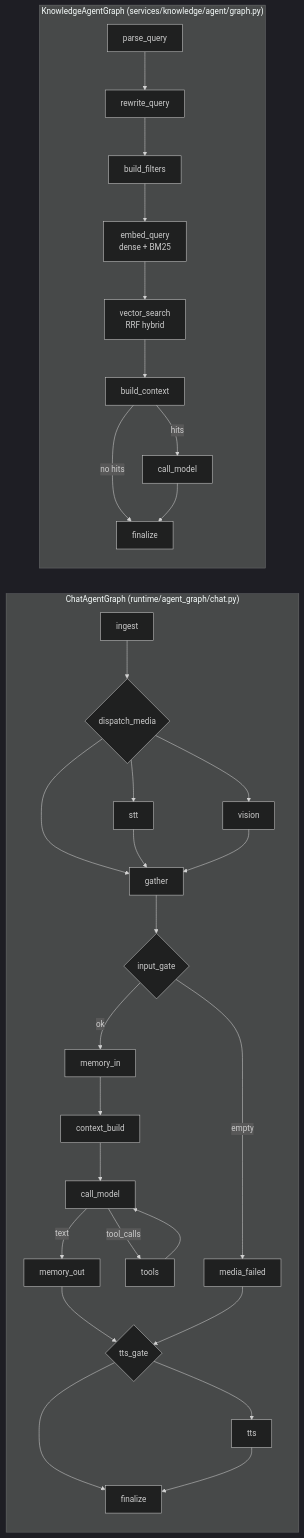
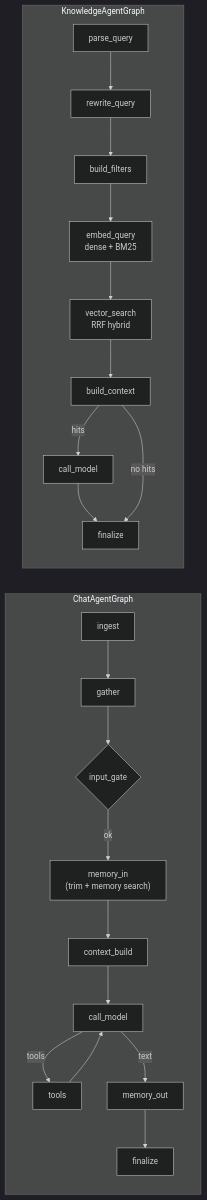
The second of 8 diagrams in docs/chat-rag.md (hiro-league/hiroleague), drawn with Mermaid (dark theme) before and after one commit. The commit also changed other lines of this file and 47 other files, not shown here.

````diff
--- a/docs/chat-rag.md
+++ b/docs/chat-rag.md
@@ -19,37 +73,20 @@
 ```mermaid
 flowchart LR
-    subgraph Chat["ChatAgentGraph (runtime/agent_graph/chat.py)"]
+    subgraph Chat["ChatAgentGraph"]
         direction TB
-        CI[ingest] --> CD{dispatch_media}
-        CD --> CSTT[stt]
-        CD --> CV[vision]
-        CD --> CG[gather]
-        CSTT --> CG
-        CV --> CG
-        CG --> CGate{input_gate}
-        CGate -->|empty| CMF[media_failed]
-        CGate -->|ok| CMI[memory_in]
-        CMI --> CCB[context_build]
-        CCB --> CCM[call_model]
-        CCM -->|tool_calls| CT[tools]
-        CT --> CCM
-        CCM -->|text| CMO[memory_out]
-        CMO --> CTG{tts_gate}
-        CMF --> CTG
-        CTG --> CTTS[tts]
-        CTG --> CFin[finalize]
-        CTTS --> CFin
+        CI[ingest] --> CG[gather] --> CGate{input_gate}
+        CGate -->|ok| CMI["memory_in<br/>(trim + memory search)"]
+        CMI --> CCB[context_build] --> CCM[call_model]
+        CCM -->|tools| CT[tools] --> CCM
+        CCM -->|text| CMO[memory_out] --> CFin[finalize]
     end
 
-    subgraph Know["KnowledgeAgentGraph (services/knowledge/agent/graph.py)"]
+    subgraph Know["KnowledgeAgentGraph"]
         direction TB
-        KP[parse_query] --> KR[rewrite_query]
-        KR --> KF[build_filters]
-        KF --> KE[embed_query<br/>dense + BM25]
-        KE --> KV[vector_search<br/>RRF hybrid]
+        KP[parse_query] --> KRW[rewrite_query] --> KF[build_filters]
+        KF --> KE["embed_query<br/>dense + BM25"] --> KV["vector_search<br/>RRF hybrid"]
         KV --> KBC[build_context]
-        KBC -->|hits| KCM[call_model]
-        KBC -->|no hits| KFin[finalize]
-        KCM --> KFin
+        KBC -->|hits| KCM[call_model] --> KFin[finalize]
+        KBC -->|no hits| KFin
     end
 ```
````
